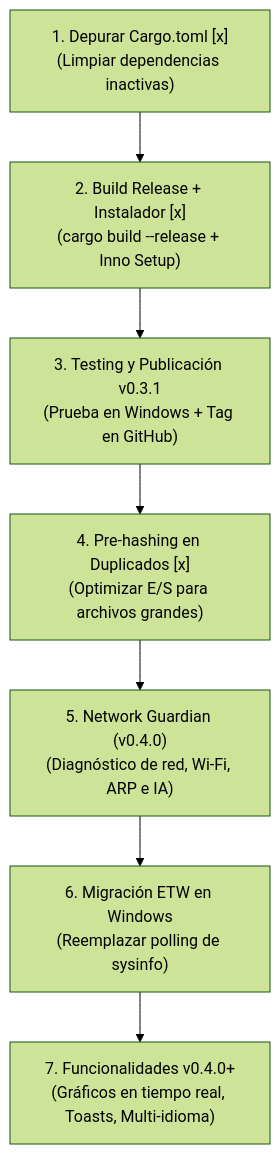
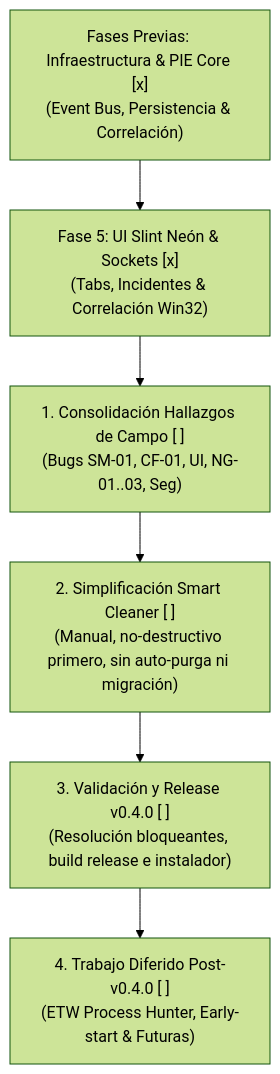
Before and after one commit to H3rC4/syspulse: the diagram in planes/PLAN_DE_ACCION.md, drawn with Mermaid (forest theme). The commit also changed other lines of this file and 2 other files, not shown here.

Commit message:
docs: registrar hallazgos SET-01 a SET-05 y consolidar estado v0.4.0

````diff
--- a/planes/PLAN_DE_ACCION.md
+++ b/planes/PLAN_DE_ACCION.md
@@ -50,9 +57,8 @@
 ```mermaid
 flowchart TD
-    Paso1["1. Depurar Cargo.toml [x]<br>(Limpiar dependencias inactivas)"] --> Paso2["2. Build Release + Instalador [x]<br>(cargo build --release + Inno Setup)"]
-    Paso2 --> Paso3["3. Testing y Publicación v0.3.1<br>(Prueba en Windows + Tag en GitHub)"]
-    Paso3 --> Paso4["4. Pre-hashing en Duplicados [x]<br>(Optimizar E/S para archivos grandes)"]
-    Paso4 --> Paso5["5. Network Guardian (v0.4.0)<br>(Diagnóstico de red, Wi-Fi, ARP e IA)"]
-    Paso5 --> Paso6["6. Migración ETW en Windows<br>(Reemplazar polling de sysinfo)"]
-    Paso6 --> Paso7["7. Funcionalidades v0.4.0+<br>(Gráficos en tiempo real, Toasts, Multi-idioma)"]
+    Paso1["Fases Previas: Infraestructura & PIE Core [x]<br>(Event Bus, Persistencia & Correlación)"] --> Paso2["Fase 5: UI Slint Neón & Sockets [x]<br>(Tabs, Incidentes & Correlación Win32)"]
+    Paso2 --> Paso3["1. Consolidación Hallazgos de Campo [ ]<br>(Bugs SM-01, CF-01, UI, NG-01..03, Seg)"]
+    Paso3 --> Paso4["2. Simplificación Smart Cleaner [ ]<br>(Manual, no-destructivo primero, sin auto-purga ni migración)"]
+    Paso4 --> Paso5["3. Validación y Release v0.4.0 [ ]<br>(Resolución bloqueantes, build release e instalador)"]
+    Paso5 --> Paso6["4. Trabajo Diferido Post-v0.4.0 [ ]<br>(ETW Process Hunter, Early-start & Futuras)"]
 ```
````
